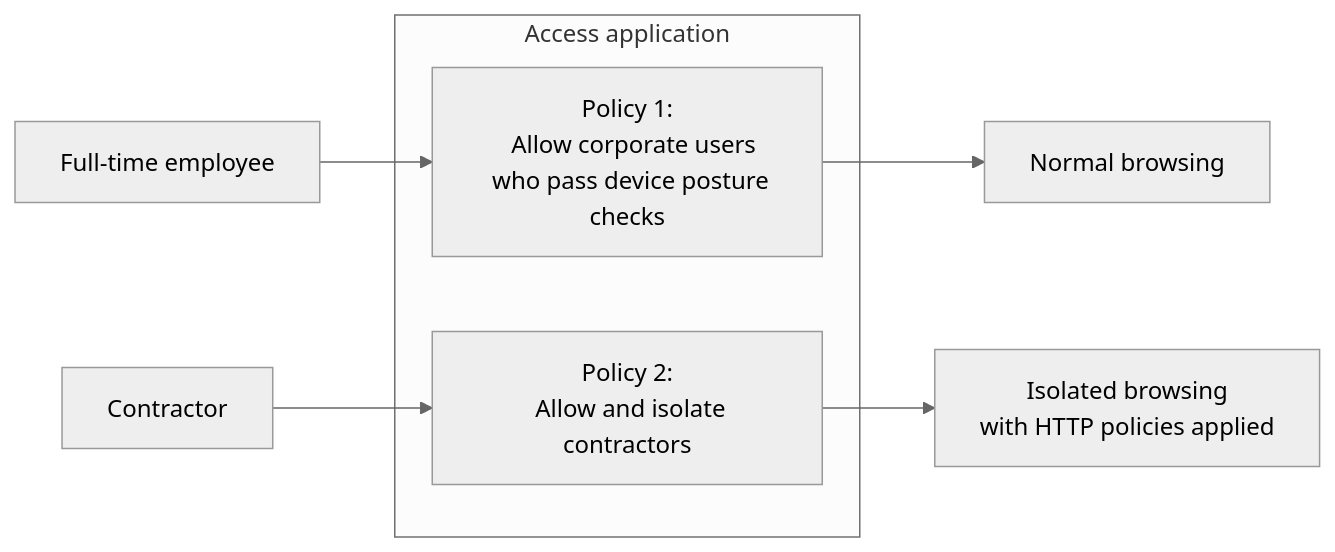
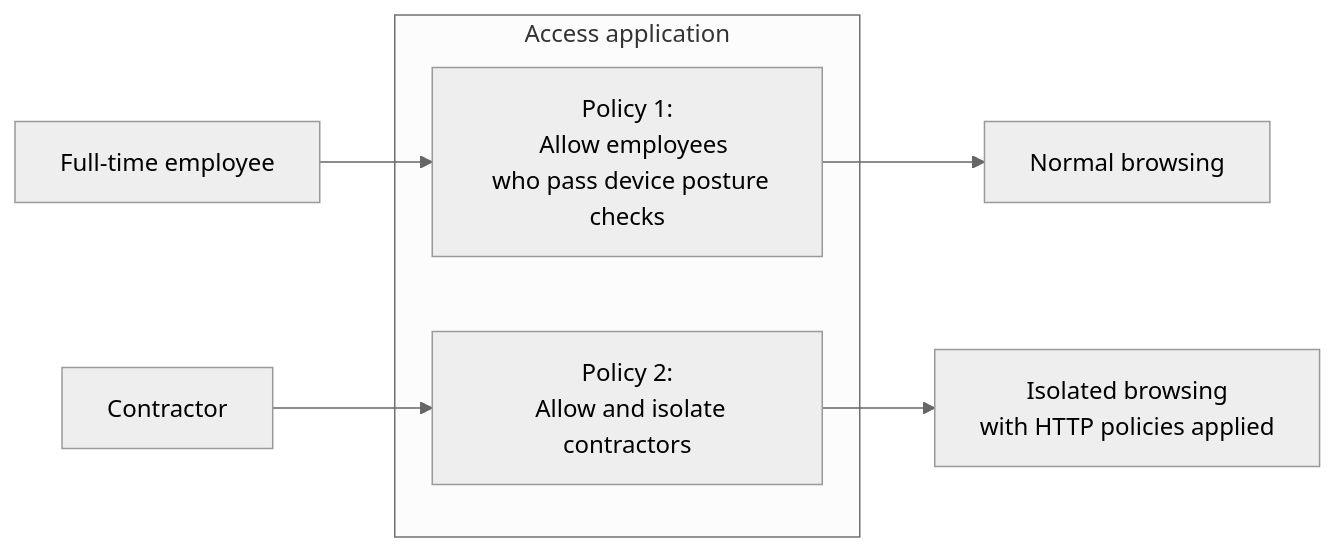
Before and after one commit to cloudflare/cloudflare-docs: the diagram in content/learning-paths/zero-trust-web-access/advanced-workflows/isolate-application.md, drawn with Mermaid (neutral theme). The commit also changed other lines of this file, not shown here.

````diff
--- a/content/learning-paths/zero-trust-web-access/advanced-workflows/isolate-application.md
+++ b/content/learning-paths/zero-trust-web-access/advanced-workflows/isolate-application.md
@@ -16,16 +20,16 @@
 ```mermaid
 flowchart LR
 accTitle: Access policies for a private web application
 A[Full-time employee]-->policy1-->D
 B[Contractor]-->policy2-->E
 subgraph C[Access application]
   policy1["Policy 1:
-  Allow corporate users
+  Allow employees
   who pass device posture checks"]
   policy2["Policy 2:
   Allow and isolate contractors"]
 end
 D[Normal browsing]
 E["Isolated browsing
 with HTTP policies applied"]
 ```
````
